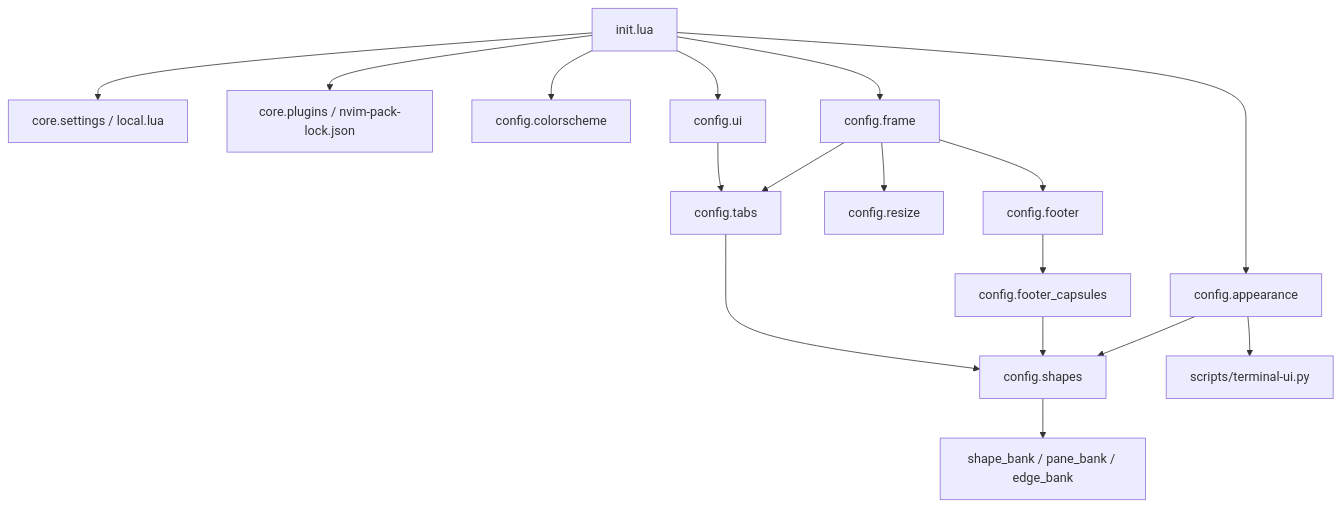
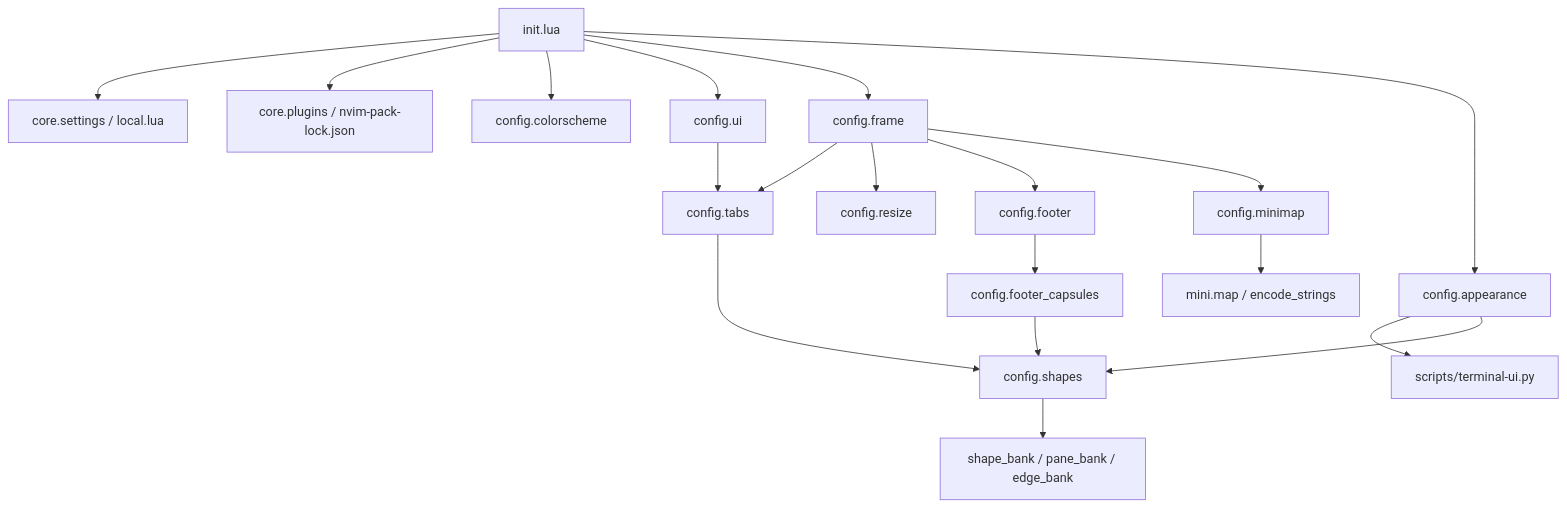
Before and after one commit to faneikuangtu12138/neovim-workbench: the diagram in docs/CONFIGURATION.md, drawn with Mermaid. The commit also changed other lines of this file and 8 other files, not shown here.

````diff
--- a/docs/CONFIGURATION.md
+++ b/docs/CONFIGURATION.md
@@ -27,19 +28,21 @@
 ```mermaid
 flowchart TD
   Init[init.lua] --> Settings[core.settings / local.lua]
   Init --> Plugins[core.plugins / nvim-pack-lock.json]
   Init --> Theme[config.colorscheme]
   Init --> UI[config.ui]
   UI --> Tabs[config.tabs]
   Tabs --> Shapes[config.shapes]
   Shapes --> Banks[shape_bank / pane_bank / edge_bank]
   Init --> Frame[config.frame]
   Frame --> Tabs
   Frame --> Resize[config.resize]
   Frame --> Footer[config.footer]
+  Frame --> Minimap[config.minimap]
+  Minimap --> Encoder[mini.map / encode_strings]
   Footer --> Capsules[config.footer_capsules]
   Capsules --> Shapes
   Init --> Appearance[config.appearance]
   Appearance --> Backend[scripts/terminal-ui.py]
   Appearance --> Shapes
 ```
````
